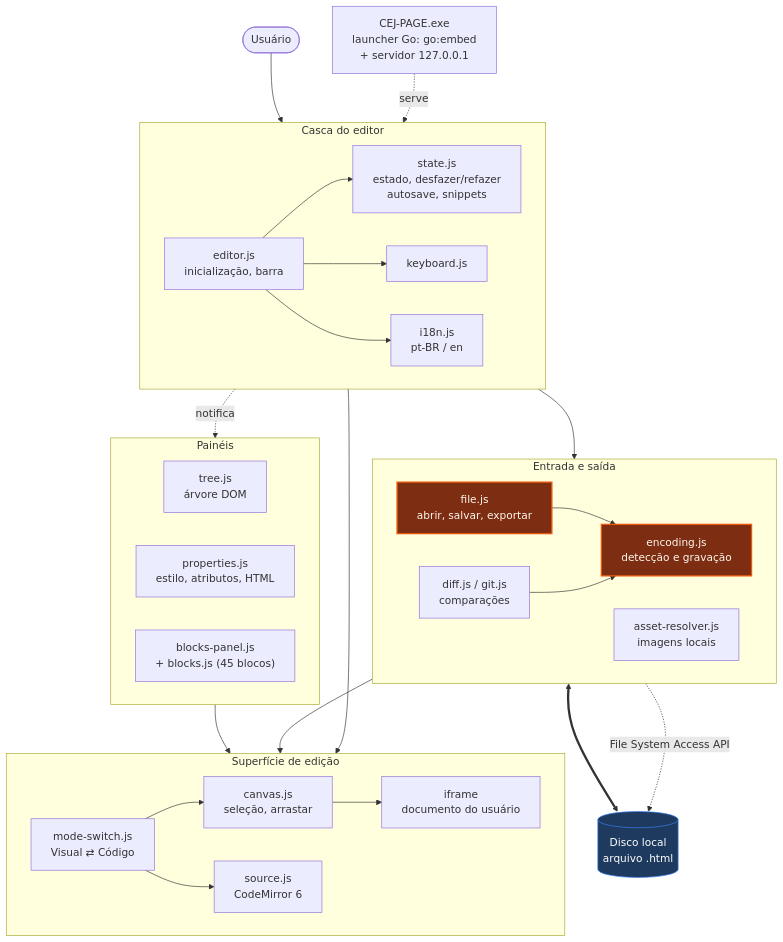
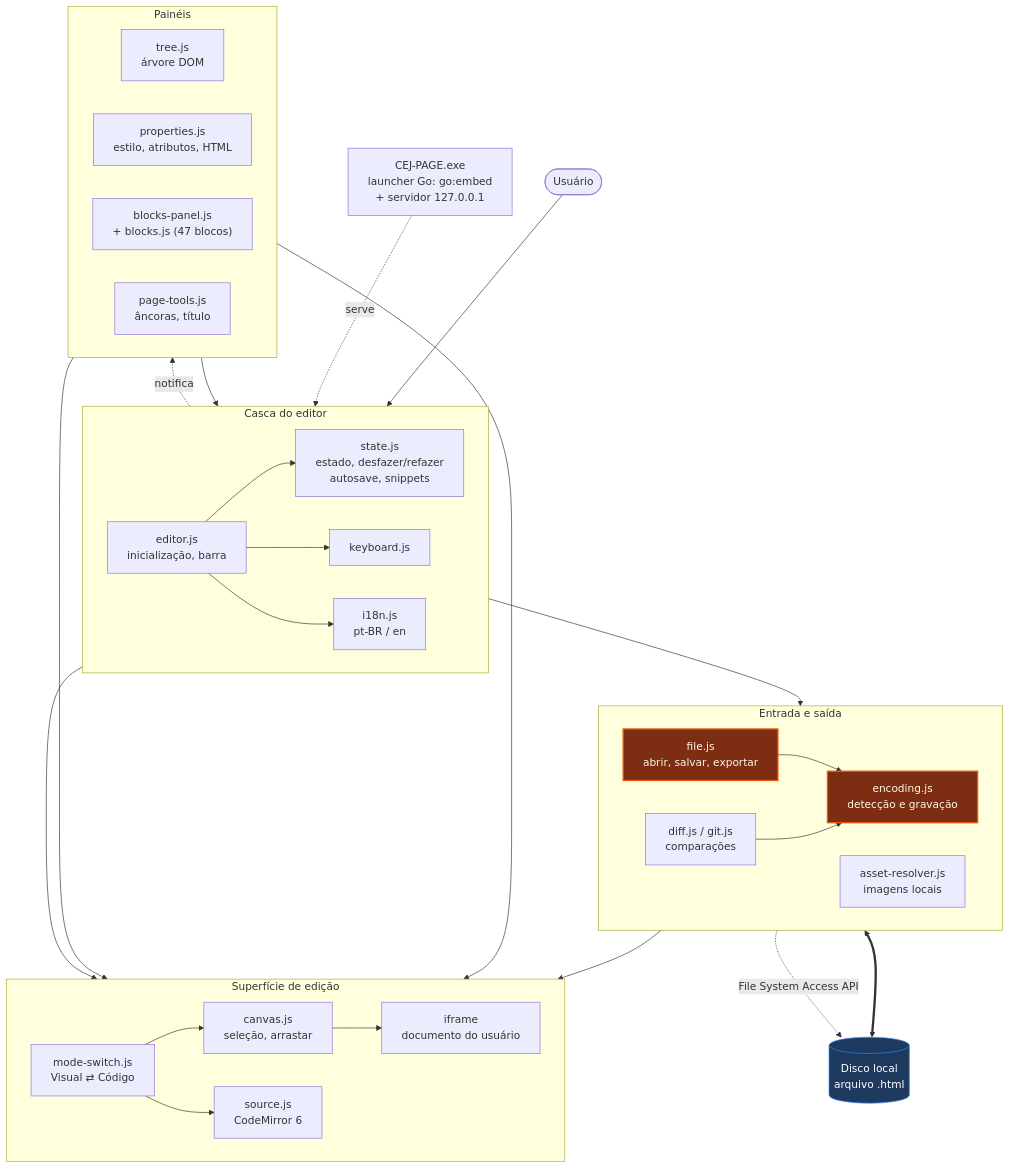
One commit to waldeyr/cej-editor changed the first of 6 diagrams in README.md. Above: the diagram before and after it, drawn with Mermaid. The commit also changed other lines of this file and 30 other files, not shown here.

````diff
--- a/README.md
+++ b/README.md
@@ -144,64 +209,67 @@
 ```mermaid
 graph TB
     USER(["Usuário"])
 
     subgraph shell["Casca do editor"]
         direction LR
         EDITOR["editor.js<br/>inicialização, barra"]
         STATE["state.js<br/>estado, desfazer/refazer<br/>autosave, snippets"]
         KB["keyboard.js"]
         I18N["i18n.js<br/>pt-BR / en"]
     end
 
     subgraph edit["Superfície de edição"]
         direction LR
         MODE["mode-switch.js<br/>Visual ⇄ Código"]
         CANVAS["canvas.js<br/>seleção, arrastar"]
         SOURCE["source.js<br/>CodeMirror 6"]
         IFRAME["iframe<br/>documento do usuário"]
     end
 
     subgraph ui["Painéis"]
         direction LR
         TREE["tree.js<br/>árvore DOM"]
         PROPS["properties.js<br/>estilo, atributos, HTML"]
-        PANEL["blocks-panel.js<br/>+ blocks.js (45 blocos)"]
+        PANEL["blocks-panel.js<br/>+ blocks.js (47 blocos)"]
+        PGTOOLS["page-tools.js<br/>âncoras, título"]
     end
 
     subgraph io["Entrada e saída"]
         direction LR
         FILE["file.js<br/>abrir, salvar, exportar"]
         ENC["encoding.js<br/>detecção e gravação"]
         DIFF["diff.js / git.js<br/>comparações"]
         ASSETS["asset-resolver.js<br/>imagens locais"]
     end
 
     DISK[("Disco local<br/>arquivo .html")]
     GO["CEJ-PAGE.exe<br/>launcher Go: go:embed<br/>+ servidor 127.0.0.1"]
 
     USER --> shell
     GO -. serve .-> shell
 
     EDITOR --> STATE
     EDITOR --> KB
     EDITOR --> I18N
     STATE -. notifica .-> ui
     STATE --> MODE
 
     MODE --> CANVAS
     MODE --> SOURCE
     CANVAS --> IFRAME
     ASSETS --> IFRAME
     ui --> CANVAS
+    PGTOOLS --> IFRAME
+    PGTOOLS --> STATE
 
     STATE --> FILE
     FILE --> ENC
     DIFF --> ENC
     ENC <==> DISK
     FILE -. File System Access API .-> DISK
 
     classDef critical fill:#7c2d12,stroke:#ea580c,color:#fff7ed,stroke-width:2px
     classDef store fill:#1e3a5f,stroke:#3b82f6,color:#fff
     class ENC,FILE critical
     class DISK store
 ```
````
